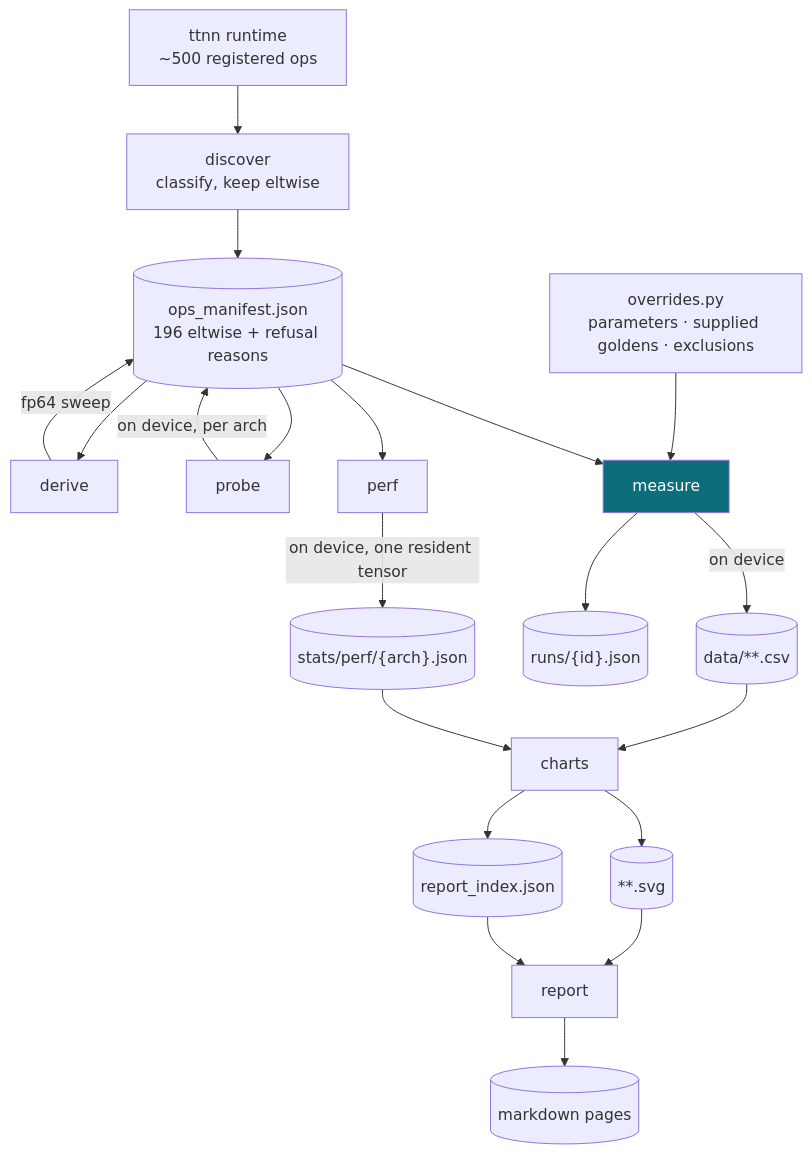
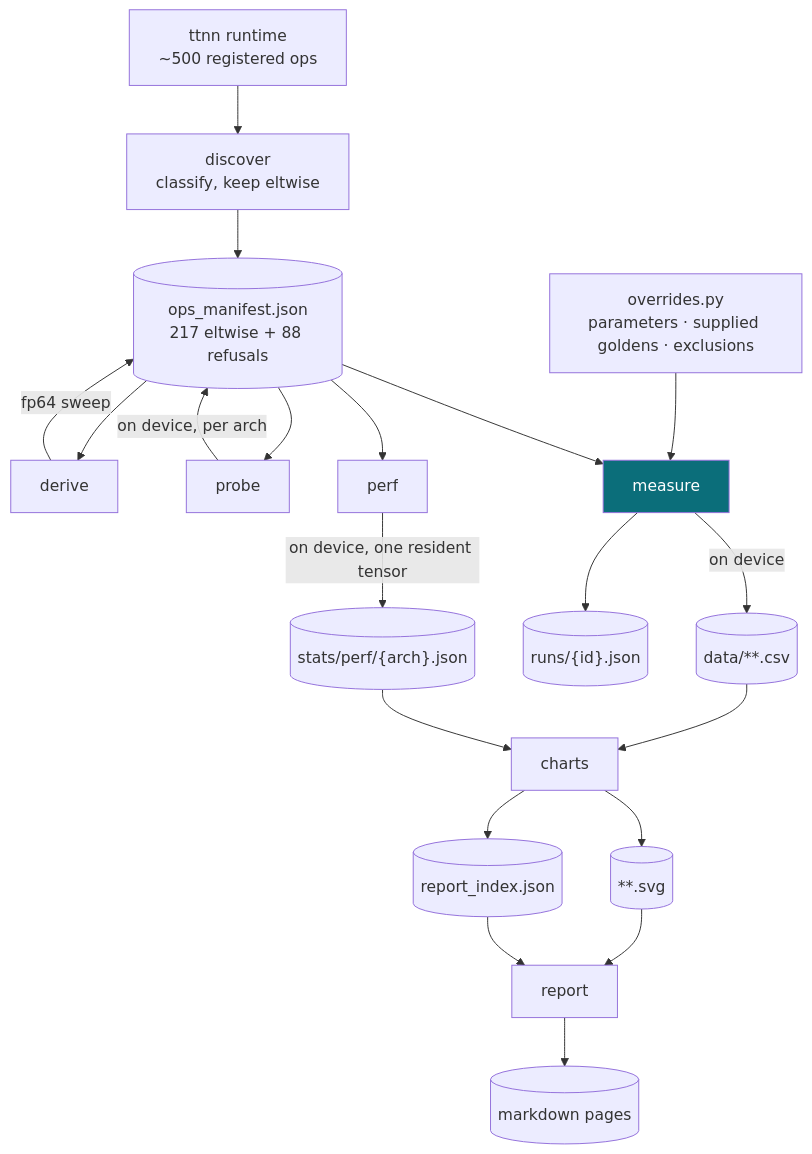
Before and after one commit to tenstorrent/tt-eltwise-accuracy-report: the second of 4 diagrams in docs/architecture.md, drawn with Mermaid. The commit also changed other lines of this file and 7 other files, not shown here.

````diff
--- a/docs/architecture.md
+++ b/docs/architecture.md
@@ -55,28 +55,28 @@
 ```mermaid
 flowchart TD
     T["ttnn runtime<br/>~500 registered ops"] --> D1["discover<br/>classify, keep eltwise"]
-    D1 --> M1[("ops_manifest.json<br/>196 eltwise + refusal reasons")]
+    D1 --> M1[("ops_manifest.json<br/>217 eltwise + 88 refusals")]
     M1 --> D2["derive"]
     D2 -->|fp64 sweep| M1
     M1 --> D3["probe"]
     D3 -->|on device, per arch| M1
 
     OVR["overrides.py<br/>parameters · supplied goldens · exclusions"] --> R1
     M1 --> R1
 
     R1["measure"] -->|on device| CSV[("data/**.csv")]
     R1 --> PROV[("runs/{id}.json")]
 
     M1 --> R2["perf"]
     R2 -->|on device, one resident tensor| PRF[("stats/perf/{arch}.json")]
 
     CSV --> C1["charts"] --> SVG[("**.svg")]
     PRF --> C1
     C1 --> IDX[("report_index.json")]
 
     SVG --> P1["report"]
     IDX --> P1
     P1 --> MD[("markdown pages")]
 
     style R1 fill:#0b6e7a,color:#fff
 ```
````
